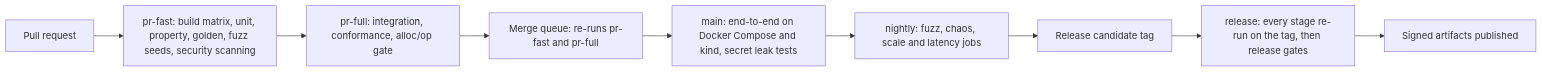
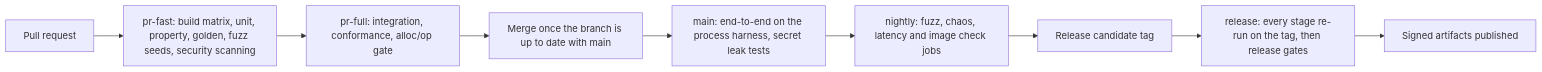
The first of 2 diagrams in docs/engineering/03-testing-and-quality-strategy.md (ravindu-rev/ruralz), drawn with Mermaid before and after one commit. The commit also changed other lines of this file and 5552 other files, not shown here.

````diff
--- a/docs/engineering/03-testing-and-quality-strategy.md
+++ b/docs/engineering/03-testing-and-quality-strategy.md
@@ -64,11 +55,11 @@
 ```mermaid
 flowchart LR
     pr["Pull request"] --> fast["pr-fast: build matrix, unit, property, golden, fuzz seeds, security scanning"]
     fast --> full["pr-full: integration, conformance, alloc/op gate"]
-    full --> mq["Merge queue: re-runs pr-fast and pr-full"]
-    mq --> main["main: end-to-end on Docker Compose and kind, secret leak tests"]
-    main --> nightly["nightly: fuzz, chaos, scale and latency jobs"]
+    full --> up["Merge once the branch is up to date with main"]
+    up --> main["main: end-to-end on the process harness, secret leak tests"]
+    main --> nightly["nightly: fuzz, chaos, latency and image check jobs"]
     nightly --> rc["Release candidate tag"]
     rc --> rel["release: every stage re-run on the tag, then release gates"]
     rel --> pub["Signed artifacts published"]
 ```
````
